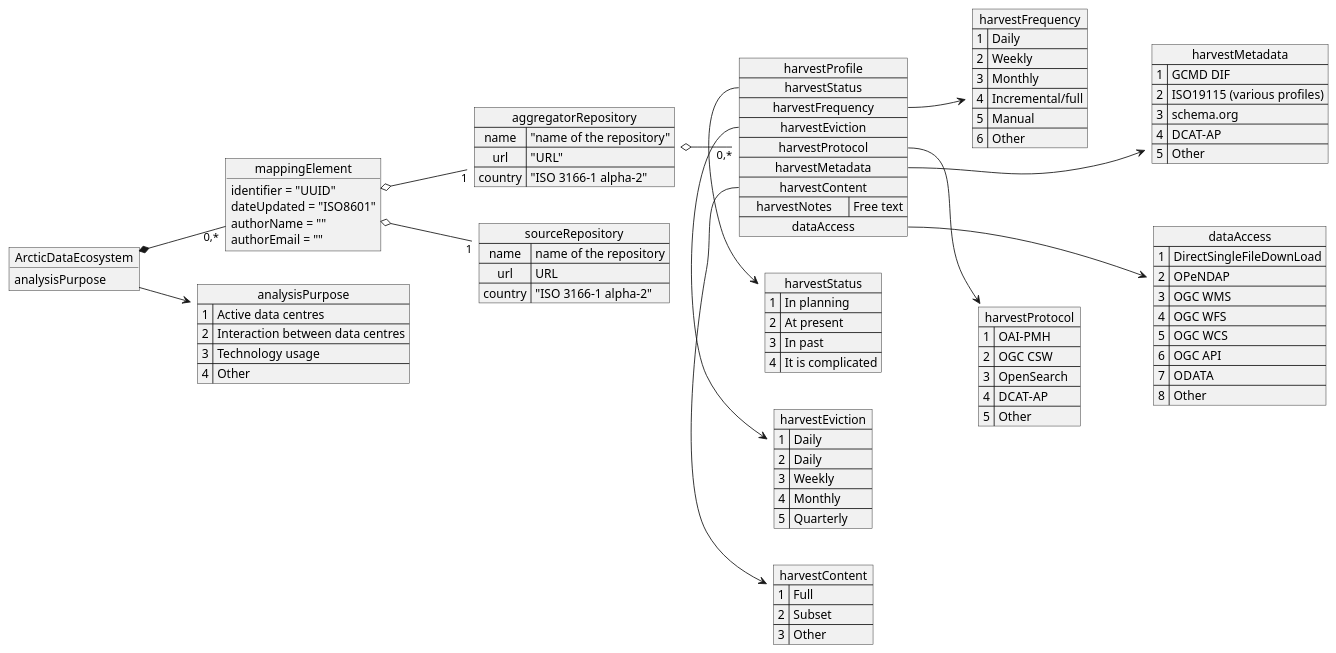
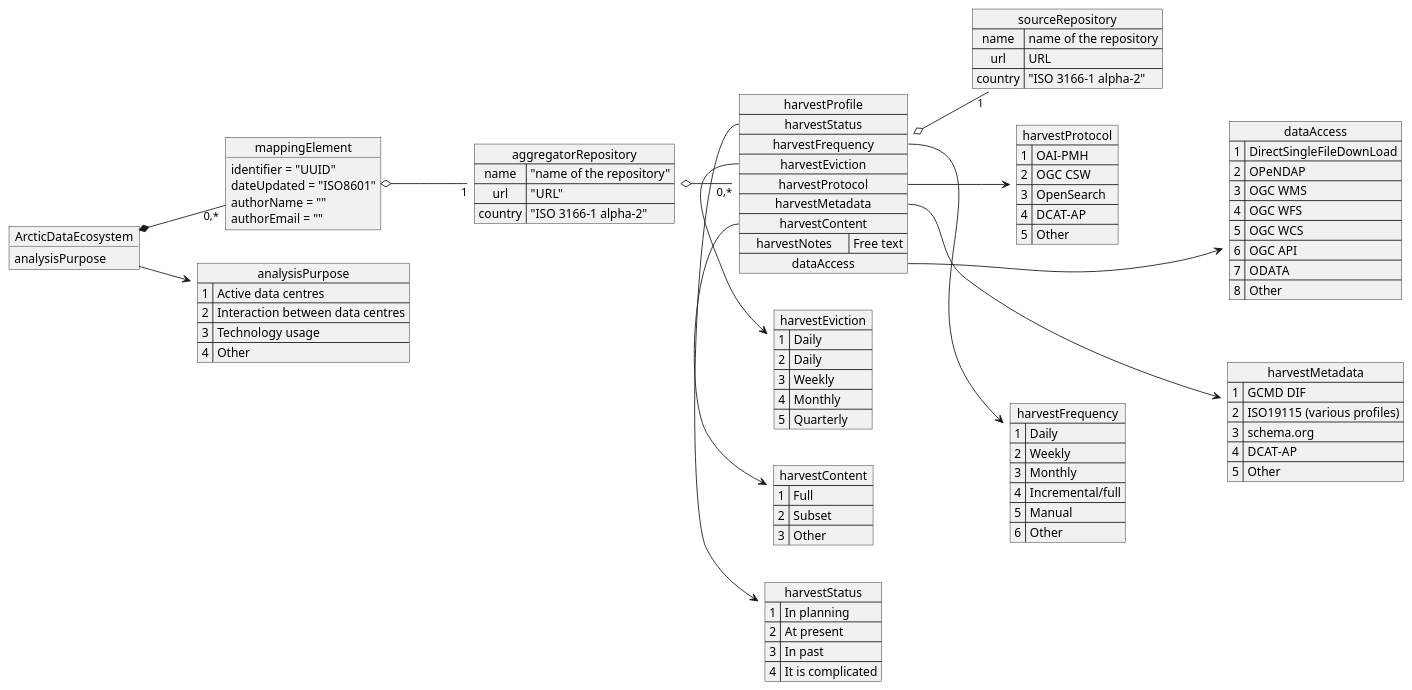
One commit to POLDER-Crew/PDEMDataModel changed the diagram in doc/diagrams/ArcticDataMapping.puml. Above: the diagram before and after it, drawn with PlantUML. The commit also changed 5 other files, not shown here.

```diff
--- a/doc/diagrams/ArcticDataMapping.puml
+++ b/doc/diagrams/ArcticDataMapping.puml
@@ -1,116 +1,116 @@
 @startuml
 
 skinparam monochrome true
 left to right direction
 
 object "ArcticDataEcosystem" as ade {
     analysisPurpose 
 }
 
 map "analysisPurpose" as pu {
 1 => Active data centres
 2 => Interaction between data centres
 3 => Technology usage
 4 => Other
 }
 
 ade --> pu
 
 object "mappingElement" as me {
     identifier = "UUID"
     dateUpdated = "ISO8601"
     authorName = ""
     authorEmail = ""
 }
 
 map "aggregatorRepository" as agg {
     name => "name of the repository"
     url => "URL"
     country => "ISO 3166-1 alpha-2"
 }
 
 map "harvestStatus" as hs {
     1 => In planning
     2 => At present
     3 => In past
     4 => It is complicated
 }
 
 map "harvestFrequency" as hf {
     1 => Daily
     2 => Weekly
     3 => Monthly
     4 => Incremental/full
     5 => Manual
     6 => Other
 }
 
 map "harvestEviction" as he {
     1 => Daily
     2 => Daily
     3 => Weekly
     4 => Monthly
     5 => Quarterly
 }
 
 map "harvestProtocol" as hp {
     1 => OAI-PMH
     2 => OGC CSW
     3 => OpenSearch
     4 => DCAT-AP
     5 => Other
 }
 
 map "harvestMetadata" as hm {
     1 => GCMD DIF
     2 => ISO19115 (various profiles)
     3 => schema.org
     4 => DCAT-AP
     5 => Other
 }
 
 map "harvestContent" as hc {
     1 => Full
     2 => Subset
     3 => Other
 }
 
 map "dataAccess" as da {
     1 => DirectSingleFileDownLoad
     2 => OPeNDAP
     3 => OGC WMS
     4 => OGC WFS
     5 => OGC WCS
     6 => OGC API
     7 => ODATA
     8 => Other
 }
 
 map "harvestProfile" as hpf {
     harvestStatus *-> hs
     harvestFrequency *-> hf
     harvestEviction *-> he
     harvestProtocol *-> hp
     harvestMetadata *-> hm
     harvestContent *-> hc
     harvestNotes => Free text
     dataAccess *-> da 
 }
 
 map "sourceRepository" as src {
     name => name of the repository
     url => URL
     country => "ISO 3166-1 alpha-2"
 }
 
 ade *-- "0,*" me
 me o-- "1" agg
-me o-- "1" src
+hpf o-- "1" src
 agg o-- "0,*" hpf
 
 hs -[hidden]d- hf
 hf -[hidden]d- hm
 hc -[hidden]d- hp
 hp -[hidden]d- da
 
 @enduml
```
